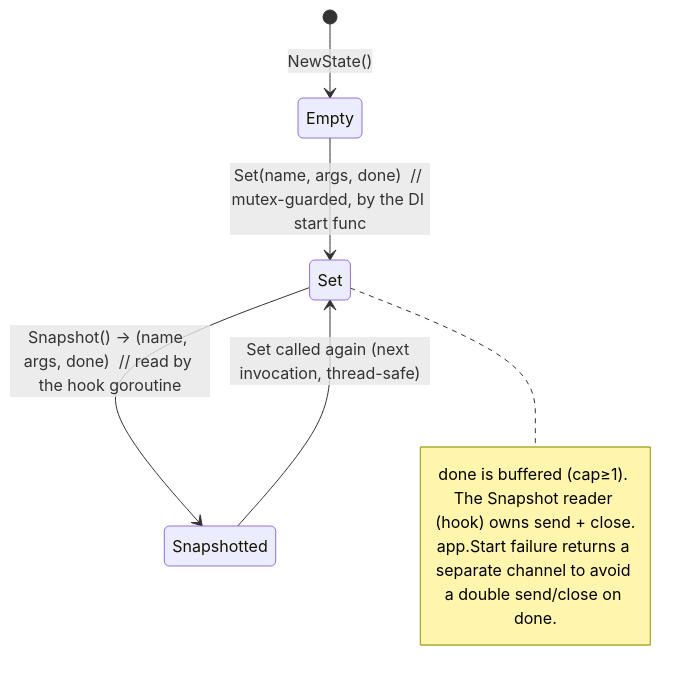
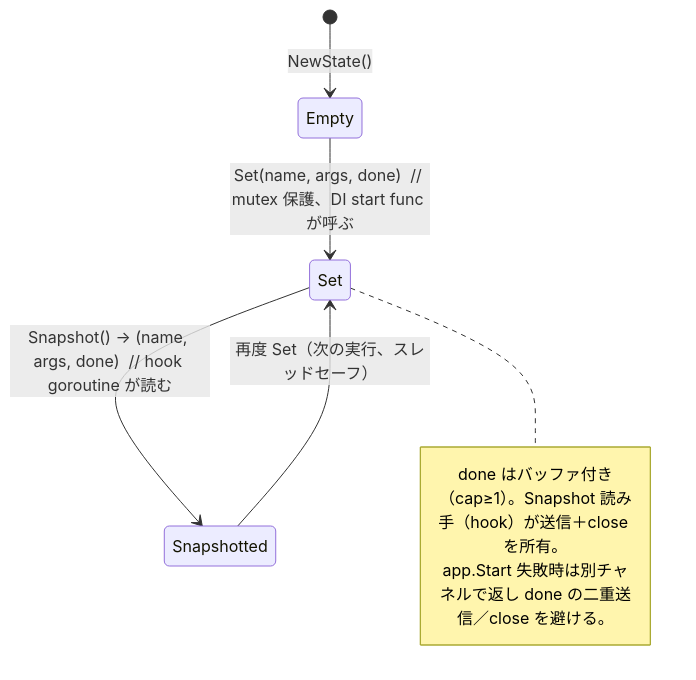
One commit to Tomy-ch/go-boilerplate changed the second of 6 diagrams in docs/design/job.md. Above: the diagram before and after it, drawn with Mermaid. The commit also changed other lines of this file and 970 other files, not shown here.

````diff
--- a/docs/design/job.md
+++ b/docs/design/job.md
@@ -54,12 +54,12 @@
 ```mermaid
 stateDiagram-v2
     [*] --> Empty: NewState()
-    Empty --> Set: Set(name, args, done)  // mutex-guarded, by the DI start func
-    Set --> Snapshotted: Snapshot() → (name, args, done)  // read by the hook goroutine
-    Snapshotted --> Set: Set called again (next invocation, thread-safe)
+    Empty --> Set: Set(name, args, done)  // mutex 保護、DI start func が呼ぶ
+    Set --> Snapshotted: Snapshot() → (name, args, done)  // hook goroutine が読む
+    Snapshotted --> Set: 再度 Set（次の実行、スレッドセーフ）
 
     note right of Set
-      done is buffered (cap≥1). The Snapshot reader (hook) owns send + close.
-      app.Start failure returns a separate channel to avoid a double send/close on done.
+      done はバッファ付き（cap≥1）。Snapshot 読み手（hook）が送信＋close を所有。
+      app.Start 失敗時は別チャネルで返し done の二重送信／close を避ける。
     end note
 ```
````
